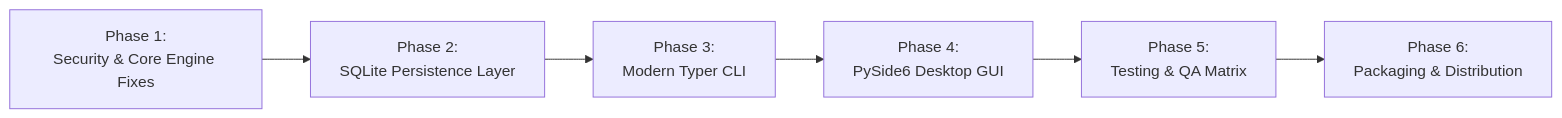
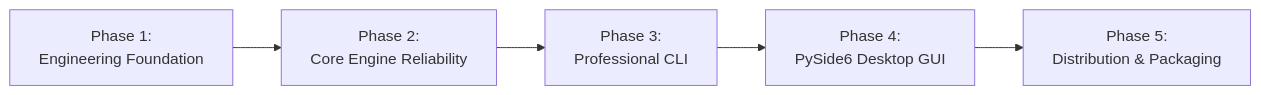
Before and after one commit to vishaljatav777/fitgirl-repack-downloader: the diagram in IMPLEMENTATION_ROADMAP.md, drawn with Mermaid. The commit also changed other lines of this file and 21 other files, not shown here.

````diff
--- a/IMPLEMENTATION_ROADMAP.md
+++ b/IMPLEMENTATION_ROADMAP.md
@@ -14,8 +12,7 @@
 ```mermaid
 graph LR
-    P1[Phase 1:<br/>Security & Core Engine Fixes] --> P2[Phase 2:<br/>SQLite Persistence Layer]
-    P2 --> P3[Phase 3:<br/>Modern Typer CLI]
+    P1[Phase 1:<br/>Engineering Foundation] --> P2[Phase 2:<br/>Core Engine Reliability]
+    P2 --> P3[Phase 3:<br/>Professional CLI]
     P3 --> P4[Phase 4:<br/>PySide6 Desktop GUI]
-    P4 --> P5[Phase 5:<br/>Testing & QA Matrix]
-    P5 --> P6[Phase 6:<br/>Packaging & Distribution]
+    P4 --> P5[Phase 5:<br/>Distribution & Packaging]
 ```
````
